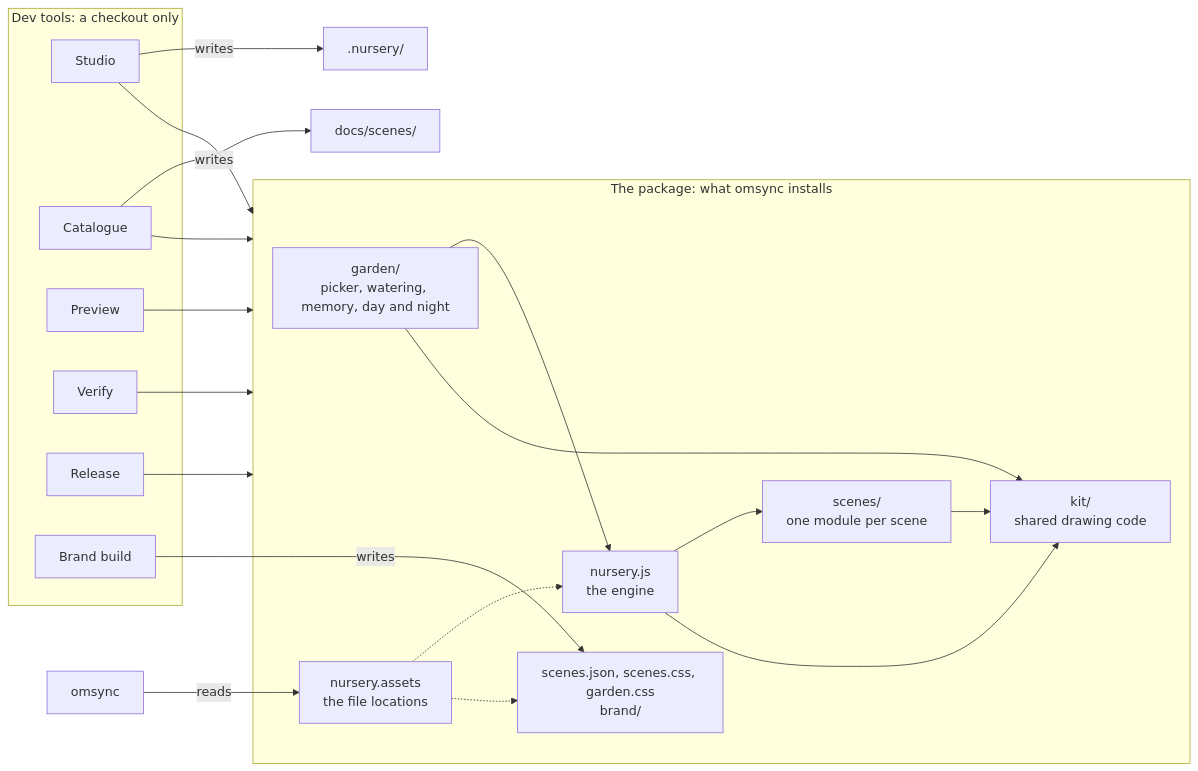
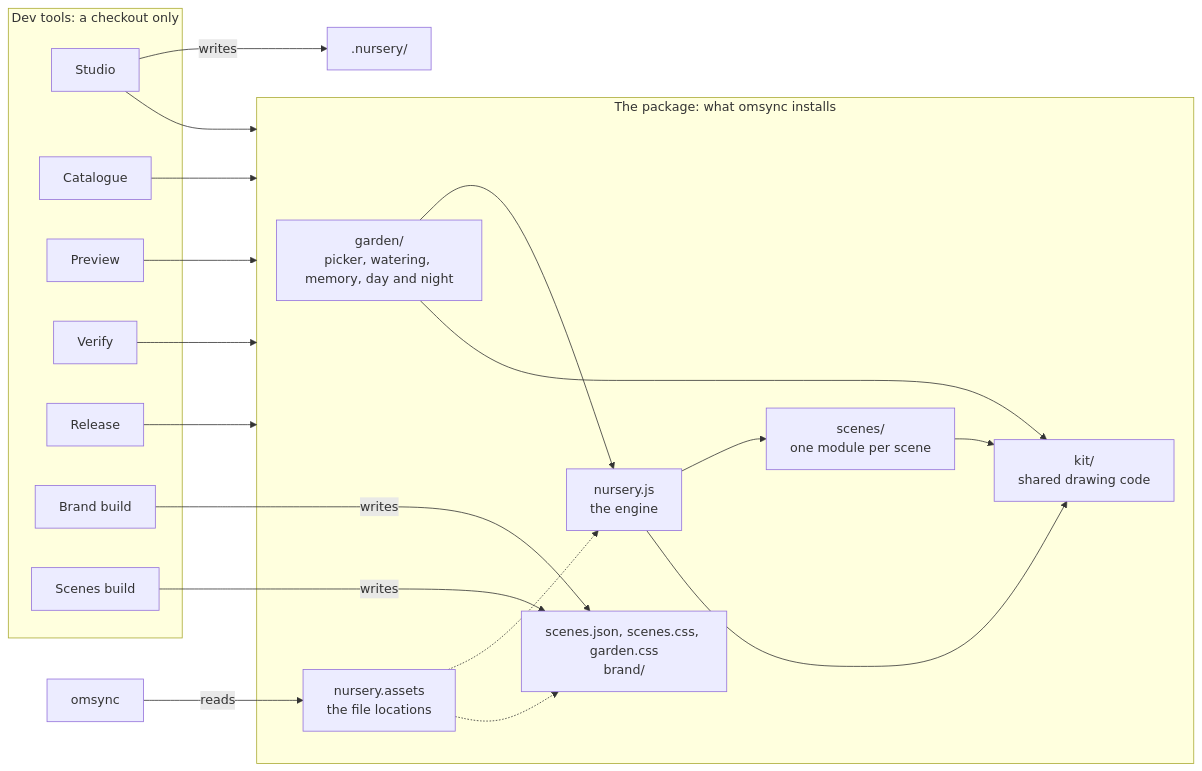
The first of 6 diagrams in docs/overview.md (spinningyoyo/omsync-nursery), drawn with Mermaid before and after one commit. The commit also changed other lines of this file and 109 other files, not shown here.

````diff
--- a/docs/overview.md
+++ b/docs/overview.md
@@ -13,30 +13,31 @@
 ```mermaid
 flowchart LR
     subgraph Package ["The package: what omsync installs"]
         Garden["garden/<br/>picker, watering, memory, day and night"] --> Engine
         Engine["nursery.js<br/>the engine"] --> Scenes["scenes/<br/>one module per scene"]
         Engine --> Kit["kit/<br/>shared drawing code"]
         Garden --> Kit
         Scenes --> Kit
         Files["scenes.json, scenes.css, garden.css<br/>brand/"]
         Assets["nursery.assets<br/>the file locations"] -.-> Engine
         Assets -.-> Files
     end
     subgraph Tools ["Dev tools: a checkout only"]
         Studio
         Catalogue
         Preview
         Verify
         Release
         BrandBuild["Brand build"]
+        ScenesBuild["Scenes build"]
     end
     Studio --> Package
     Catalogue --> Package
     Preview --> Package
     Verify --> Package
     Release --> Package
     BrandBuild -- writes --> Files
-    Catalogue -- writes --> Docs["docs/scenes/"]
+    ScenesBuild -- writes --> Files
     Studio -- writes --> Work[".nursery/"]
     omsync -- reads --> Assets
 ```
````
